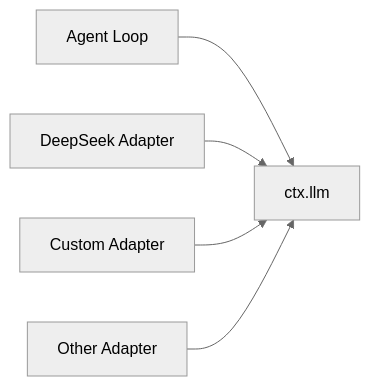
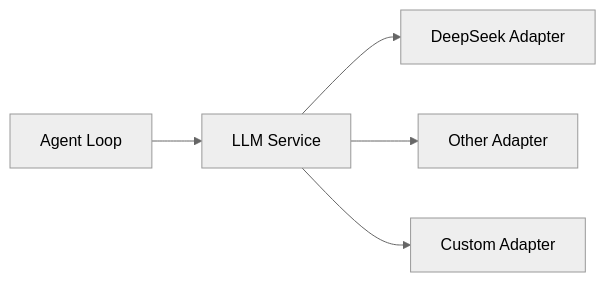
One commit to indigofeather/harness-book changed the fourth of 9 diagrams in docs/comparison/codex-vs-deepseek.md. Above: the diagram before and after it, drawn with Mermaid (neutral theme). The commit also changed other lines of this file and 13 other files, not shown here.

Commit message:
docs: balance Codex and DeepSeek Harness coverage

````diff
--- a/docs/comparison/codex-vs-deepseek.md
+++ b/docs/comparison/codex-vs-deepseek.md
@@ -104,7 +98,7 @@
 ```mermaid
 flowchart LR
-  A[Agent Loop] --> L[ctx.llm]
-  D[DeepSeek Adapter] --> L
-  C[Custom Adapter] --> L
-  X[Other Adapter] --> L
+  LOOP[Agent Loop] --> L[LLM Service]
+  L --> D[DeepSeek Adapter]
+  L --> X[Other Adapter]
+  L --> C[Custom Adapter]
 ```
````
